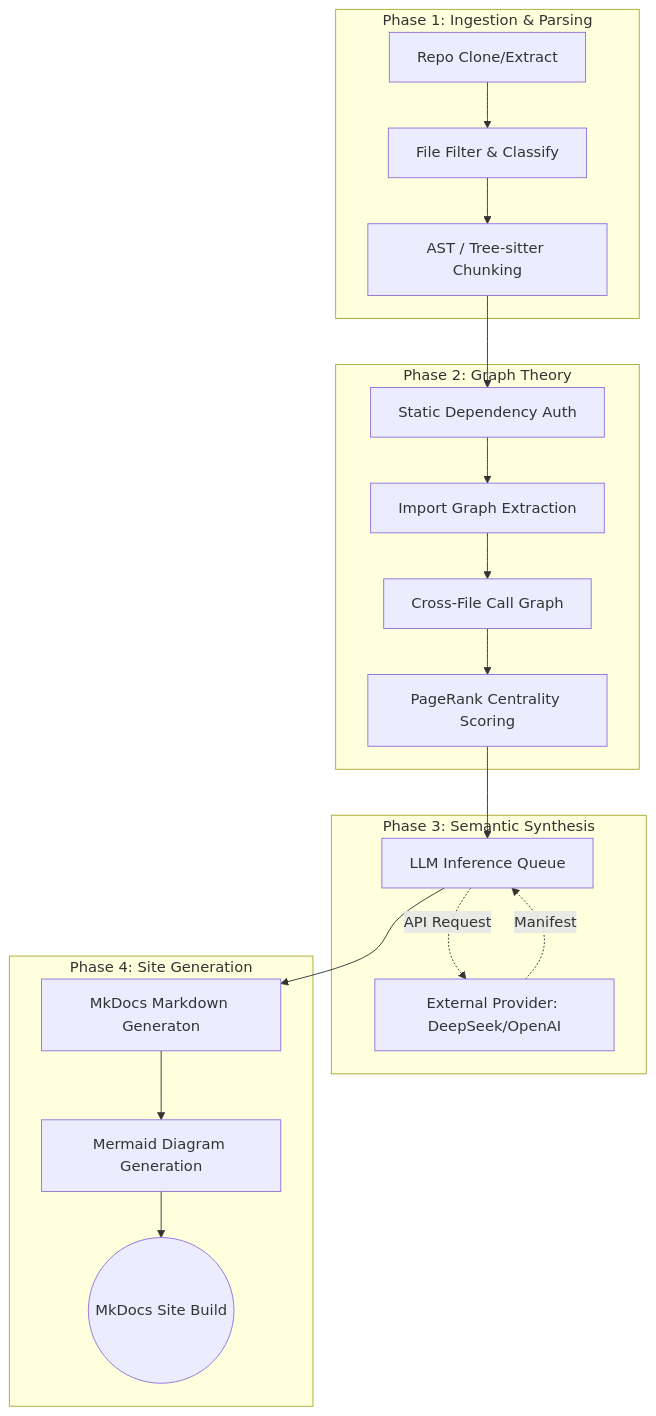
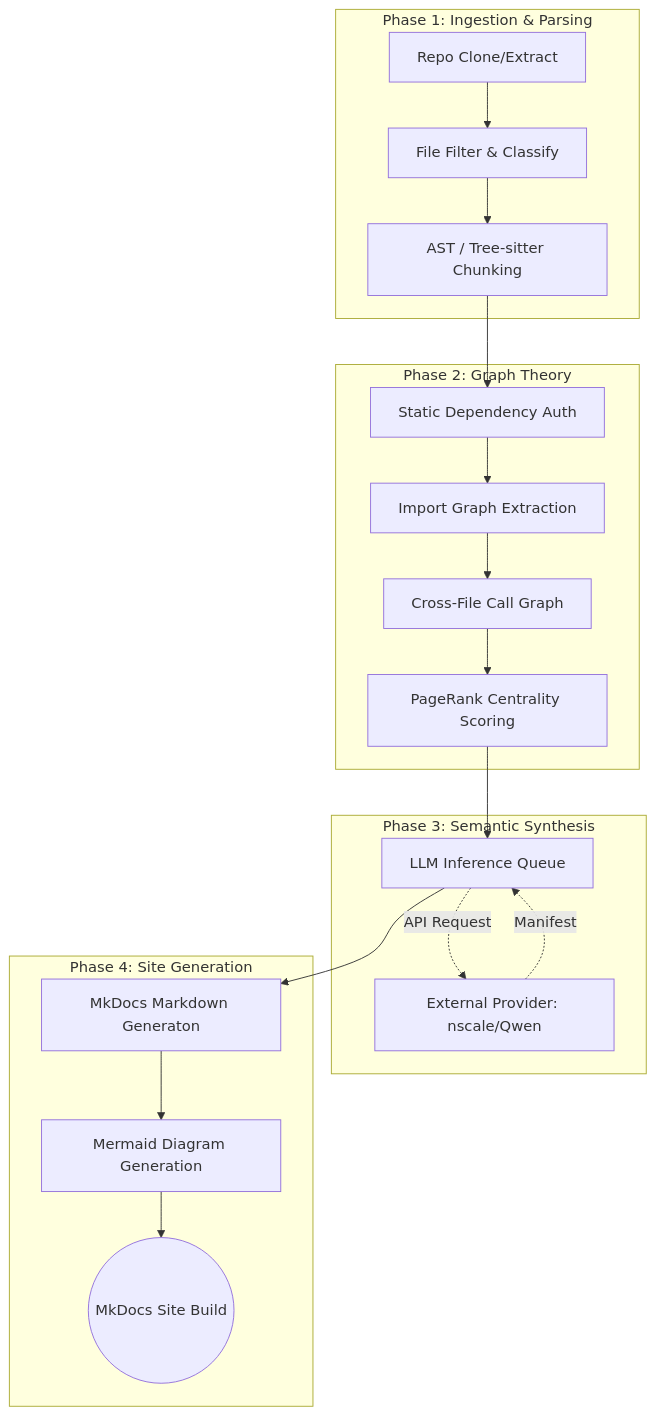
One commit to KaushalrajPuwar/AutoDocLM changed the diagram in README.md. Above: the diagram before and after it, drawn with Mermaid. The commit also changed other lines of this file and 10 other files, not shown here.

````diff
--- a/README.md
+++ b/README.md
@@ -38,26 +38,26 @@
 ```mermaid
 graph TD
     subgraph "Phase 1: Ingestion & Parsing"
         R[Repo Clone/Extract] --> F[File Filter & Classify]
         F --> C[AST / Tree-sitter Chunking]
     end
     
     subgraph "Phase 2: Graph Theory"
         C --> S[Static Dependency Auth]
         S --> IG[Import Graph Extraction]
         IG --> CG[Cross-File Call Graph]
         CG --> CS[PageRank Centrality Scoring]
     end
     
     subgraph "Phase 3: Semantic Synthesis"
         CS --> LLM[LLM Inference Queue]
-        LLM -.-> |"API Request"| Ext[External Provider: DeepSeek/OpenAI]
+        LLM -.-> |"API Request"| Ext[External Provider: nscale/Qwen]
         Ext -.-> |"Manifest"| LLM
     end
 
     subgraph "Phase 4: Site Generation"
         LLM --> MD[MkDocs Markdown Generaton]
         MD --> D[Mermaid Diagram Generation]
         D --> Output((MkDocs Site Build))
     end
 ```
````
